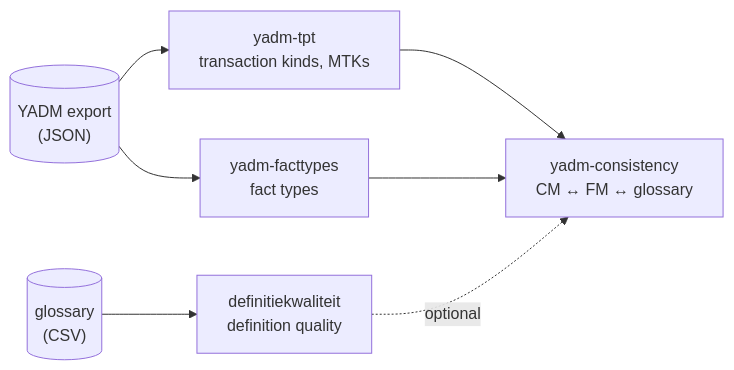
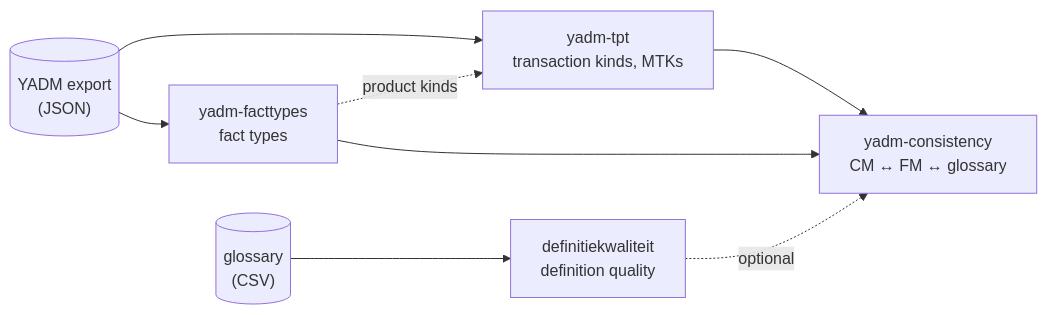
One commit to mkrouwel/kern-skills changed the diagram in README.md. Above: the diagram before and after it, drawn with Mermaid. The commit also changed other lines of this file and 14 other files, not shown here.

````diff
--- a/README.md
+++ b/README.md
@@ -29,15 +40,16 @@
 ```mermaid
 flowchart LR
     yadm[("YADM export<br>(JSON)")]
     glossary[("glossary<br>(CSV)")]
     tpt["yadm-tpt<br>transaction kinds, MTKs"]
     ft["yadm-facttypes<br>fact types"]
     dk["definitiekwaliteit<br>definition quality"]
     cons["yadm-consistency<br>CM ↔ FM ↔ glossary"]
     yadm --> tpt
     yadm --> ft
     glossary --> dk
+    ft -. product kinds .-> tpt
     tpt --> cons
     ft --> cons
     dk -. optional .-> cons
 ```
````
